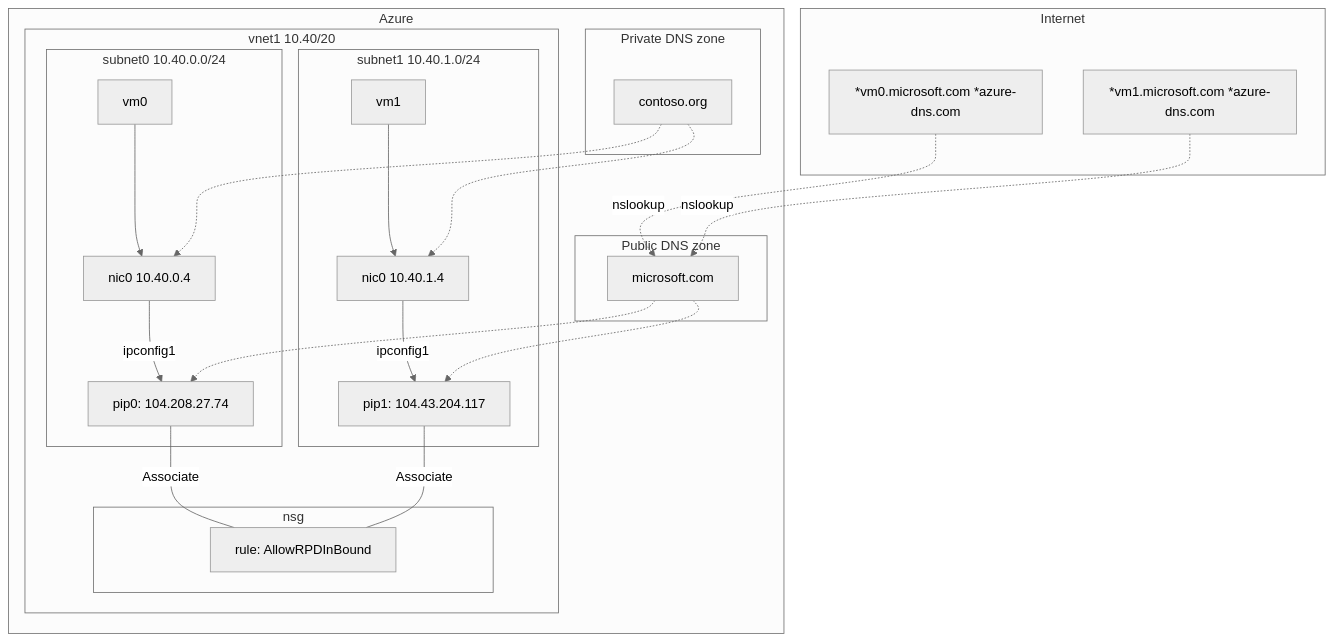
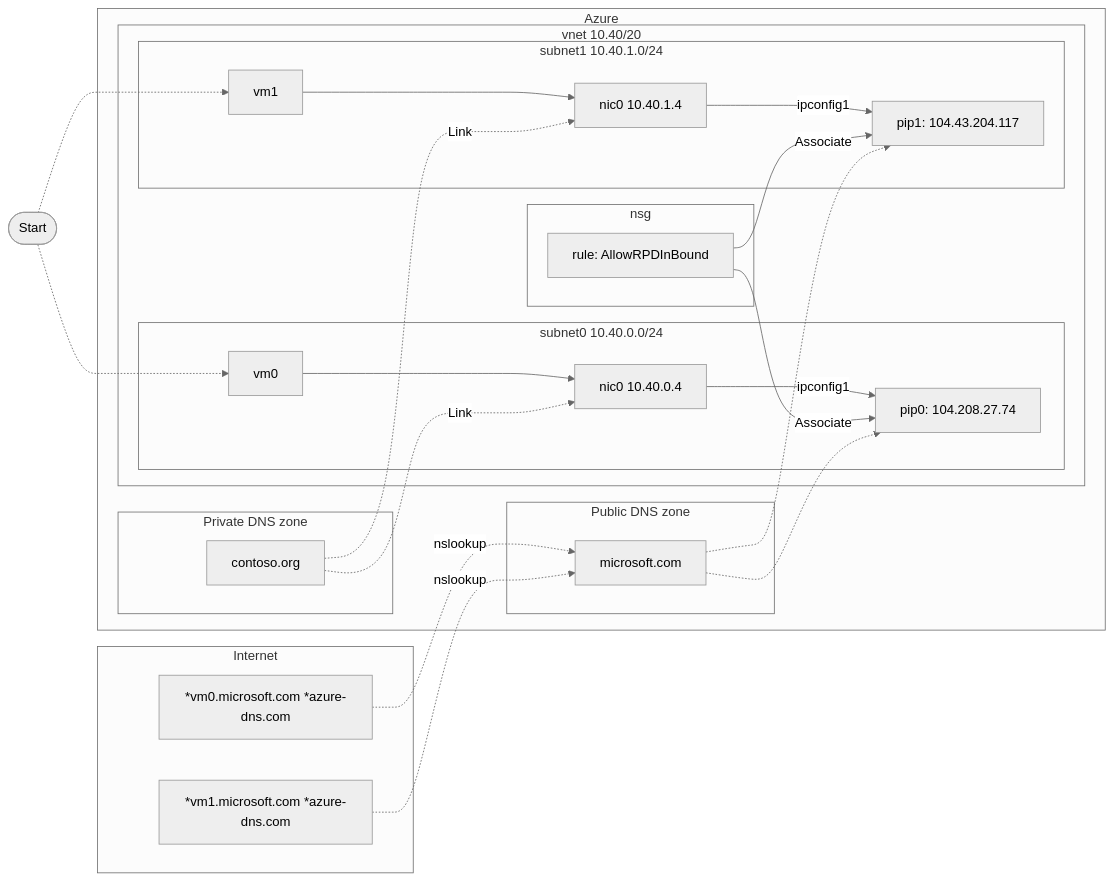
One commit to alexchong/mermaid changed the diagram in az104vnet.md. Above: the diagram before and after it, drawn with Mermaid (neutral theme).

````diff
--- a/az104vnet.md
+++ b/az104vnet.md
@@ -3,43 +3,47 @@
 ```mermaid
-graph TD
+graph LR
+
+start([Start])
+start -.-> vm0
+start -.-> vm1
 
 subgraph Azure
 
-subgraph vnet1 10.40/20
-    subgraph subnet0 10.40.0.0/24
-        vm0 --> nic0[nic0 10.40.0.4]
-        nic0 -->|ipconfig1| pip0[pip0: 104.208.27.74]
+    subgraph vnet 10.40/20
+        subgraph subnet0 10.40.0.0/24
+            vm0 --> nic0[nic0 10.40.0.4]
+            nic0 -->|ipconfig1| pip0[pip0: 104.208.27.74]
+        end
+
+        subgraph subnet1 10.40.1.0/24
+            vm1 --> nic1[nic0 10.40.1.4]
+            nic1 -->|ipconfig1| pip1[pip1: 104.43.204.117]
+        end
+
+        subgraph nsg
+            rule[rule: AllowRPDInBound]
+            rule -->|Associate| pip0
+            rule -->|Associate| pip1
+        end
     end
 
-    subgraph subnet1 10.40.1.0/24
-        vm1 --> nic1[nic0 10.40.1.4]
-        nic1 -->|ipconfig1| pip1[pip1: 104.43.204.117]
+    subgraph Private DNS zone
+        privateEndpoint[contoso.org] -.->|Link| nic0
+        privateEndpoint -.->|Link| nic1
     end
 
-    subgraph nsg
-        rule[rule: AllowRPDInBound]
-        pip0 ---|Associate| rule
-        pip1 ---|Associate| rule
+    subgraph Public DNS zone
+        publicEndpoint[microsoft.com] 
+        publicEndpoint -.-> pip0
+        publicEndpoint -.-> pip1
     end
-end
-
-subgraph Private DNS zone
-    privateEndpoint[contoso.org] -.-> nic0
-    privateEndpoint -.-> nic1
-end
-
-subgraph Public DNS zone
-    publicEndpoint[microsoft.com] 
-    publicEndpoint -.-> pip0
-    publicEndpoint -.-> pip1
-end
 
 end
 
 
 subgraph Internet
     nslookup0[*vm0.microsoft.com *azure-dns.com] -.->|nslookup| publicEndpoint
     nslookup1[*vm1.microsoft.com *azure-dns.com] -.->|nslookup| publicEndpoint
 end
 
 ```
````
